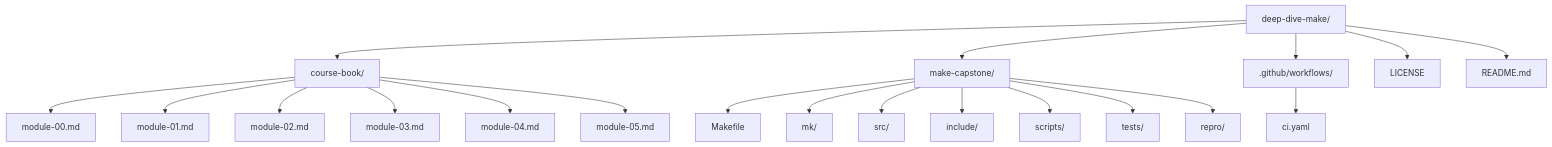
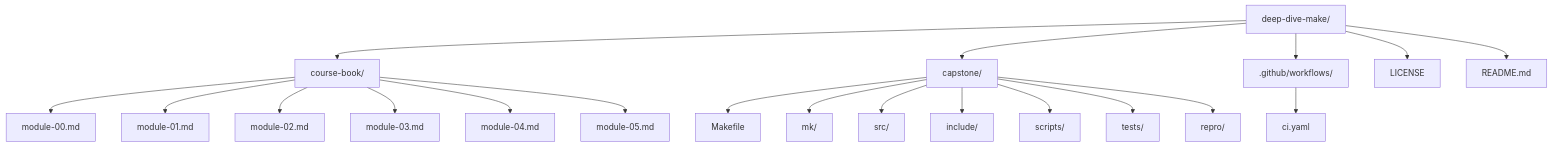
One commit to bijux/bijux-masterclass changed the diagram in courses/reproducible-research/deep-dive-make/README.md. Above: the diagram before and after it, drawn with Mermaid. The commit also changed other lines of this file and 90 other files, not shown here.

````diff
--- a/courses/reproducible-research/deep-dive-make/README.md
+++ b/courses/reproducible-research/deep-dive-make/README.md
@@ -85,23 +85,23 @@
 ```mermaid
 graph TD
   root["deep-dive-make/"]
   root --> book["course-book/"]
-  root --> capstone["make-capstone/"]
+  root --> capstone["capstone/"]
   root --> workflows[".github/workflows/"]
   root --> license["LICENSE"]
   root --> readme["README.md"]
   book --> m00["module-00.md"]
   book --> m01["module-01.md"]
   book --> m02["module-02.md"]
   book --> m03["module-03.md"]
   book --> m04["module-04.md"]
   book --> m05["module-05.md"]
   capstone --> capMakefile["Makefile"]
   capstone --> mk["mk/"]
   capstone --> src["src/"]
   capstone --> include["include/"]
   capstone --> scripts["scripts/"]
   capstone --> tests["tests/"]
   capstone --> repro["repro/"]
   workflows --> ci["ci.yaml"]
 ```
````
